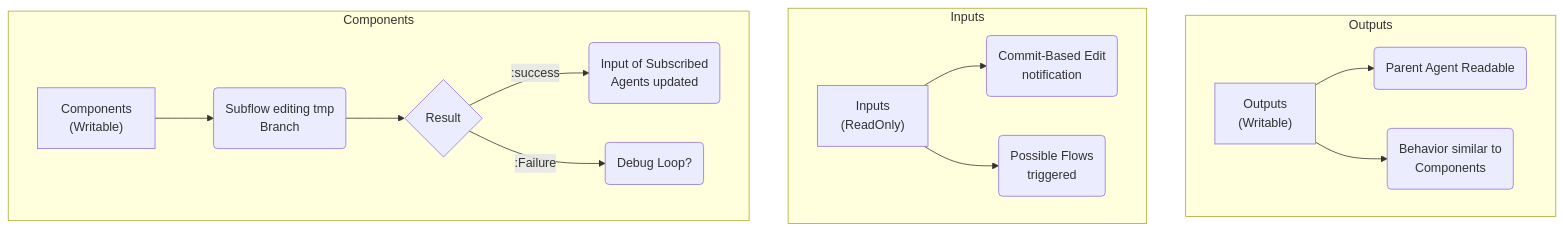
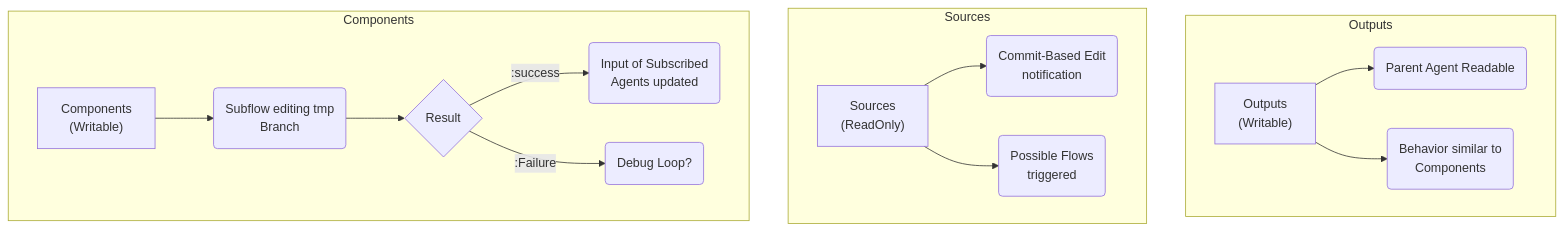
One commit to LiGoldragon/Mentci-AI changed the diagram in Core/ASKI_FS_SPEC.md. Above: the diagram before and after it, drawn with Mermaid. The commit also changed other lines of this file and 11 other files, not shown here.

````diff
--- a/Core/ASKI_FS_SPEC.md
+++ b/Core/ASKI_FS_SPEC.md
@@ -8,27 +8,27 @@
 ```mermaid
 flowchart TD
     subgraph Outputs
         O1["Outputs
 (Writable)"] --> O2("Parent Agent Readable")
         O1 --> O3("Behavior similar to
 Components")
     end
 
-    subgraph Inputs
-        I1["Inputs
+    subgraph Sources
+        I1["Sources
 (ReadOnly)"] --> I2("Commit-Based Edit
 notification")
         I1 --> I3("Possible Flows
 triggered")
     end
 
     subgraph Components
         C1["Components
 (Writable)"] --> C2("Subflow editing tmp
 Branch")
         C2 --> C3{"Result"}
         C3 -- ":success" --> C4("Input of Subscribed
 Agents updated")
         C3 -- ":Failure" --> C5("Debug Loop?")
     end
 ```
````
